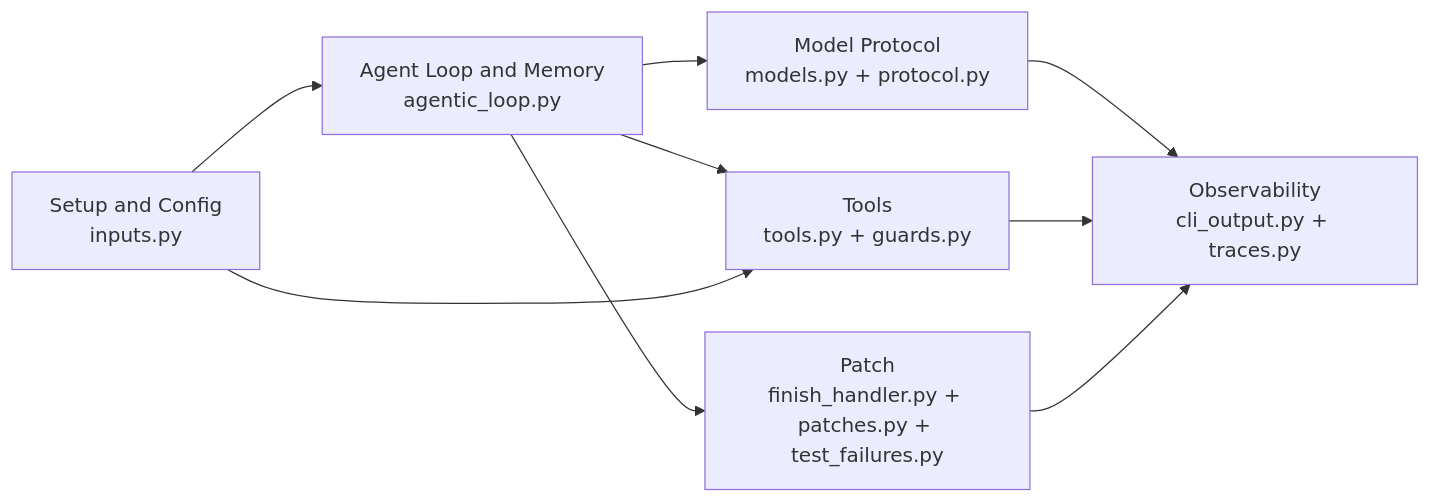
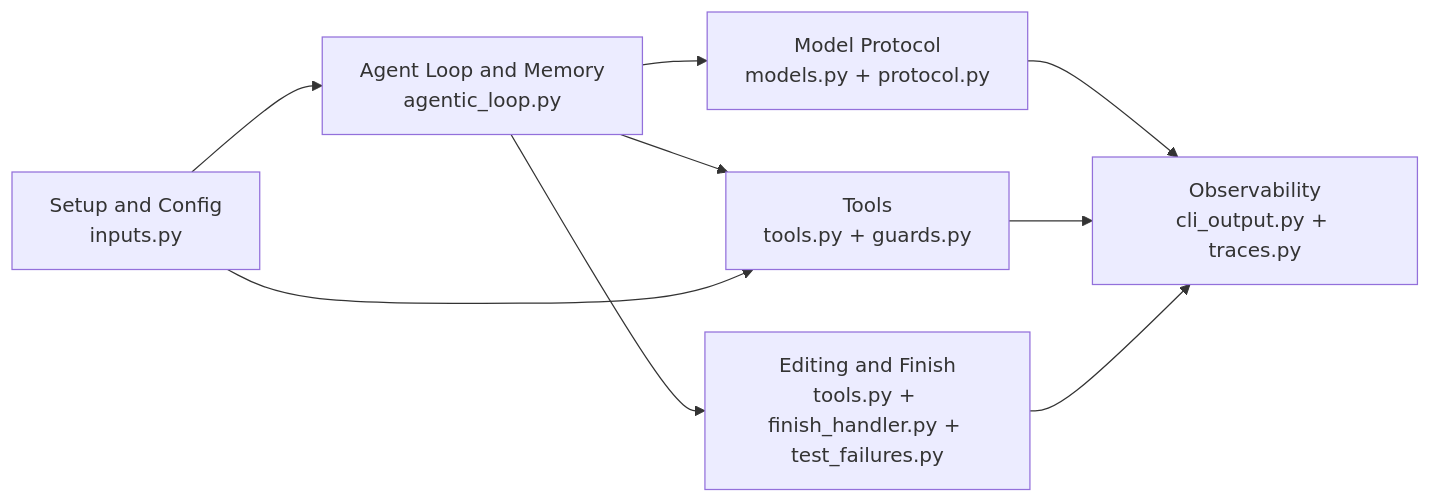
Before and after one commit to mtov/ark: the second of 2 diagrams in README.md, drawn with Mermaid. The commit also changed other lines of this file and 15 other files, not shown here.

````diff
--- a/README.md
+++ b/README.md
@@ -239,11 +212,11 @@
 ```mermaid
 flowchart LR
     A["Setup and Config<br/>inputs.py"] --> B["Agent Loop and Memory<br/>agentic_loop.py"]
     B --> C["Model Protocol<br/>models.py + protocol.py"]
     B --> D["Tools<br/>tools.py + guards.py"]
-    B --> E["Patch<br/>finish_handler.py + patches.py + test_failures.py"]
+    B --> E["Editing and Finish<br/>tools.py + finish_handler.py + test_failures.py"]
     A --> D
     C --> F["Observability<br/>cli_output.py + traces.py"]
     D --> F
     E --> F
 ```
````
